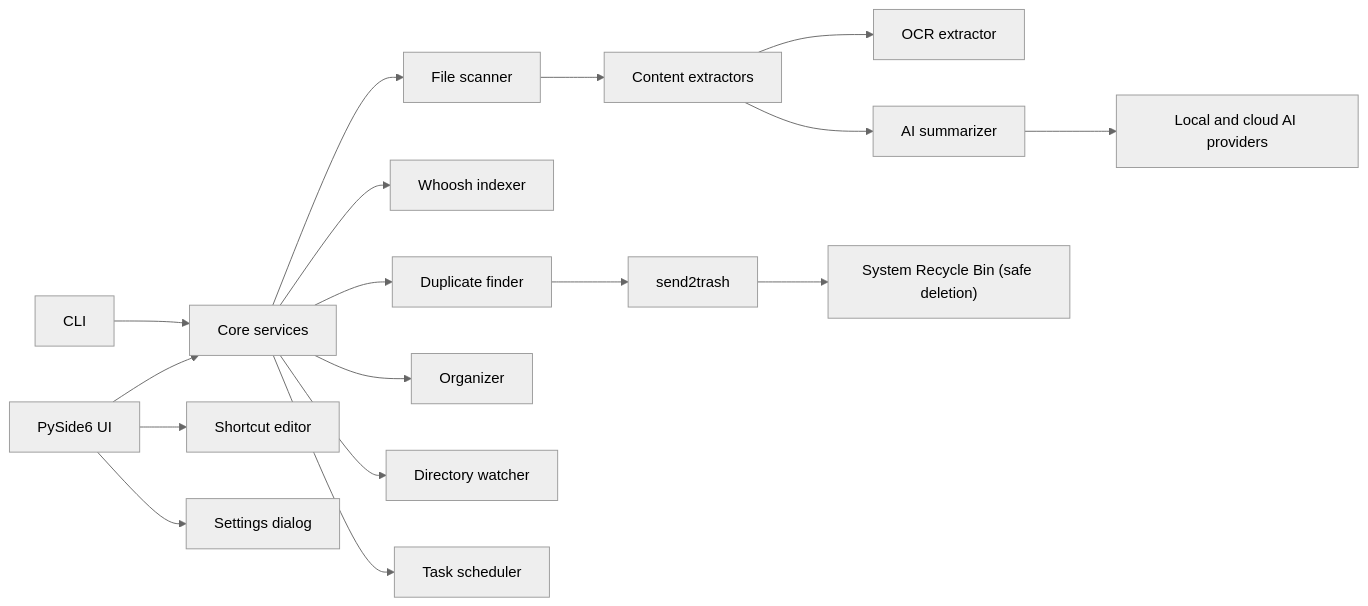
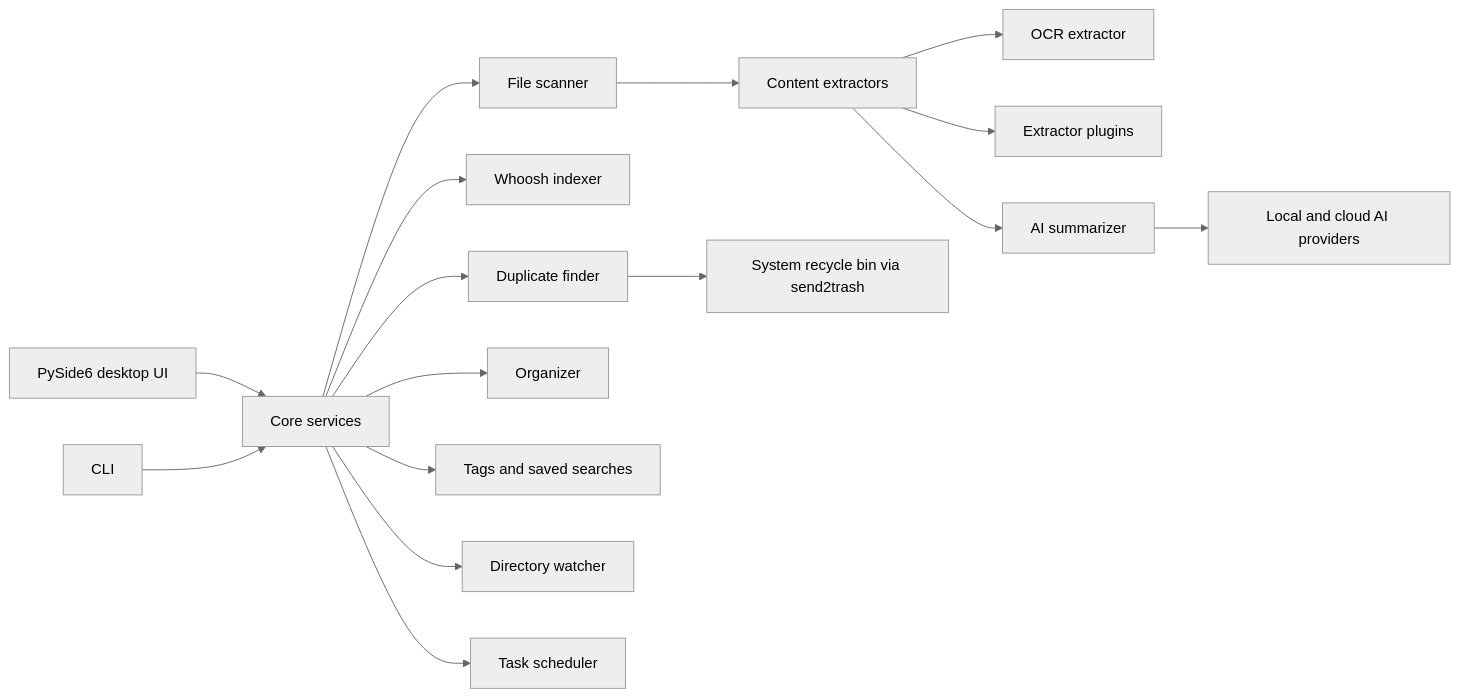
Before and after one commit to cuiheng511/filepilot-ai: the diagram in README.md, drawn with Mermaid (neutral theme). The commit also changed other lines of this file and 29 other files, not shown here.

````diff
--- a/README.md
+++ b/README.md
@@ -232,19 +202,18 @@
 ```mermaid
 flowchart LR
-    UI["PySide6 UI"] --> Core["Core services"]
+    UI["PySide6 desktop UI"] --> Core["Core services"]
     CLI["CLI"] --> Core
     Core --> Scanner["File scanner"]
     Core --> Indexer["Whoosh indexer"]
     Core --> Duplicates["Duplicate finder"]
     Core --> Organizer["Organizer"]
+    Core --> Tags["Tags and saved searches"]
     Core --> Watcher["Directory watcher"]
     Core --> Scheduler["Task scheduler"]
     Scanner --> Extractors["Content extractors"]
     Extractors --> OCR["OCR extractor"]
+    Extractors --> Plugins["Extractor plugins"]
     Extractors --> Summarizer["AI summarizer"]
     Summarizer --> Providers["Local and cloud AI providers"]
-    Duplicates --> send2trash["send2trash"]
-    send2trash --> RecycleBin["System Recycle Bin (safe deletion)"]
-    UI --> Shortcuts["Shortcut editor"]
-    UI --> Settings["Settings dialog"]
+    Duplicates --> Recycle["System recycle bin via send2trash"]
 ```
````
